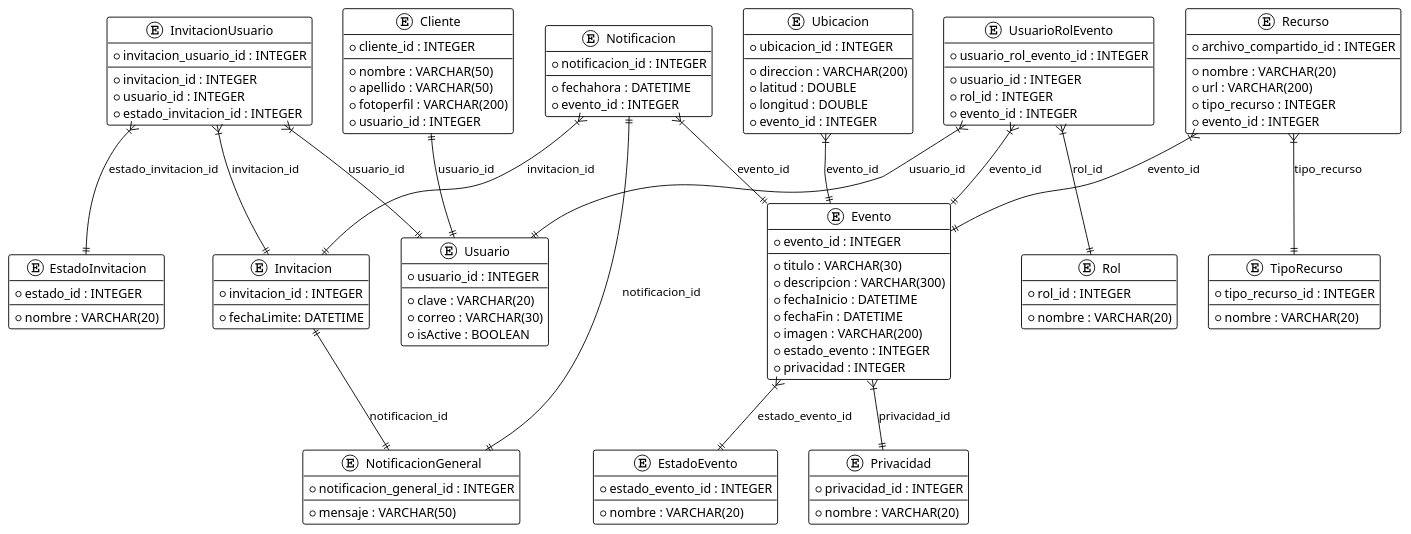
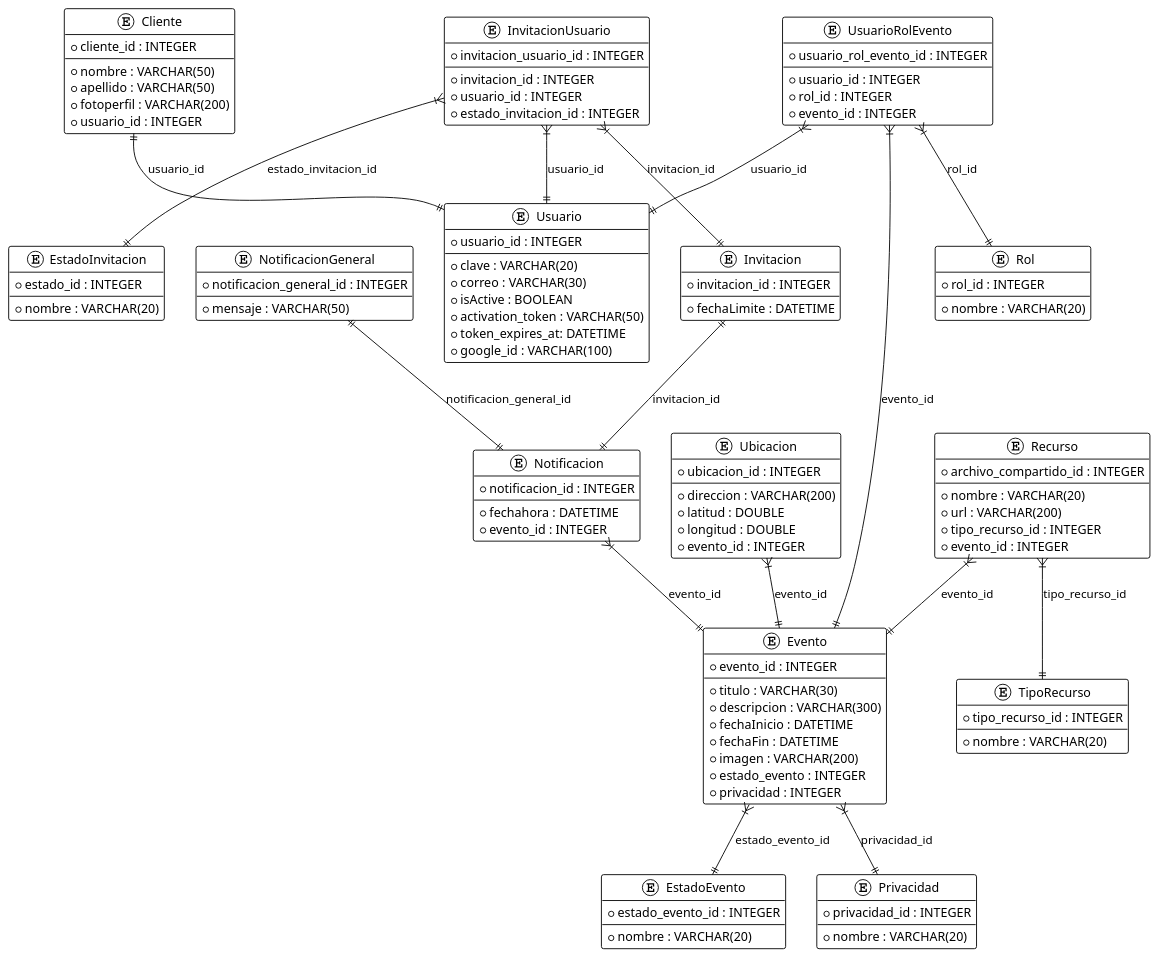
One commit to raulvelris/Proyecto-Progra-Movil changed the diagram in docs/DatabaseDiagram.puml. Above: the diagram before and after it, drawn with PlantUML. The commit also changed 1 other file, not shown here.

Commit message:
diagramas

```diff
--- a/docs/DatabaseDiagram.puml
+++ b/docs/DatabaseDiagram.puml
@@ -1,136 +1,138 @@
-@startuml
+@startuml DatabaseDiagram
 !theme plain
 
 entity "Cliente" {
   * cliente_id : INTEGER
   --
   * nombre : VARCHAR(50)
   * apellido : VARCHAR(50)
   * fotoperfil : VARCHAR(200)
   * usuario_id : INTEGER
 }
 
 entity "Usuario" {
   * usuario_id : INTEGER
   --
   * clave : VARCHAR(20)
   * correo : VARCHAR(30)
   * isActive : BOOLEAN
+  * activation_token : VARCHAR(50)
+  * token_expires_at: DATETIME
+  * google_id : VARCHAR(100)
 }
 
 entity "Evento" {
   * evento_id : INTEGER
   --
   * titulo : VARCHAR(30)
   * descripcion : VARCHAR(300)
   * fechaInicio : DATETIME
   * fechaFin : DATETIME
   * imagen : VARCHAR(200)
   * estado_evento : INTEGER
   * privacidad : INTEGER
 }
 
 entity "Invitacion" {
   * invitacion_id : INTEGER
   --
-  * fechaLimite: DATETIME
+  * fechaLimite : DATETIME
 }
 
 entity "InvitacionUsuario" {
   * invitacion_usuario_id : INTEGER
   --
   * invitacion_id : INTEGER
   * usuario_id : INTEGER
   * estado_invitacion_id : INTEGER
 }
 
 entity "Notificacion" {
   * notificacion_id : INTEGER
   --
   * fechahora : DATETIME
   * evento_id : INTEGER
 }
 
 entity "NotificacionGeneral" {
   * notificacion_general_id : INTEGER
   --
   * mensaje : VARCHAR(50)
 }
 
 entity "Ubicacion" {
   * ubicacion_id : INTEGER
   --
   * direccion : VARCHAR(200)
   * latitud : DOUBLE
   * longitud : DOUBLE
   * evento_id : INTEGER
 }
 
 entity "EstadoInvitacion" {
   * estado_id : INTEGER
   --
   * nombre : VARCHAR(20)
 }
 
 entity "EstadoEvento" {
   * estado_evento_id : INTEGER
   --
   * nombre : VARCHAR(20)
 }
 
 entity "Privacidad" {
   * privacidad_id : INTEGER
   --
   * nombre : VARCHAR(20)
 }
 
 entity "UsuarioRolEvento" {
   * usuario_rol_evento_id : INTEGER
   --
   * usuario_id : INTEGER
   * rol_id : INTEGER
   * evento_id : INTEGER
 }
 
 entity "Rol" {
   * rol_id : INTEGER
   --
   * nombre : VARCHAR(20)
 }
 
 entity "Recurso" {
   * archivo_compartido_id : INTEGER
   --
   * nombre : VARCHAR(20)
   * url : VARCHAR(200)
-  * tipo_recurso : INTEGER
+  * tipo_recurso_id : INTEGER
   * evento_id : INTEGER
 }
 
 entity "TipoRecurso" {
   * tipo_recurso_id : INTEGER
   --
   * nombre : VARCHAR(20)
 }
 
 ' Relaciones 1:1
 Cliente ||--|| Usuario : usuario_id
-Notificacion ||--|| NotificacionGeneral : notificacion_id
-Invitacion ||--|| NotificacionGeneral : notificacion_id
+NotificacionGeneral ||--|| Notificacion : notificacion_general_id
+Invitacion ||--|| Notificacion : invitacion_id
 
 ' Relaciones 1:m
 InvitacionUsuario }|--|| EstadoInvitacion : estado_invitacion_id
 InvitacionUsuario }|--|| Invitacion : invitacion_id
 InvitacionUsuario }|--|| Usuario : usuario_id
-Notificacion }|--|| Invitacion : invitacion_id
 Notificacion }|--|| Evento : evento_id
-Recurso }|--|| TipoRecurso : tipo_recurso
+Recurso }|--|| TipoRecurso : tipo_recurso_id
 Recurso }|--|| Evento : evento_id
 Ubicacion }|--|| Evento : evento_id
 Evento }|--|| EstadoEvento : estado_evento_id
 Evento }|--|| Privacidad : privacidad_id
 UsuarioRolEvento }|--|| Usuario : usuario_id
 UsuarioRolEvento }|--|| Rol : rol_id
 UsuarioRolEvento }|--|| Evento : evento_id
 
 @enduml
```
